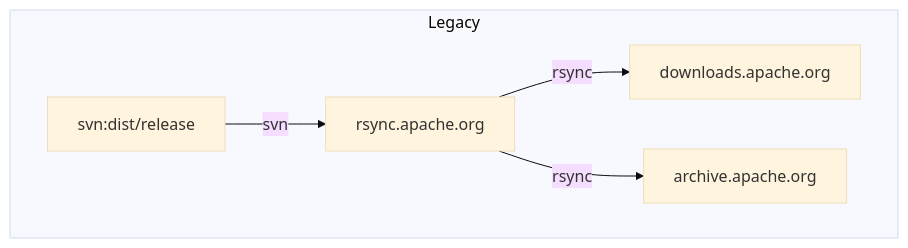
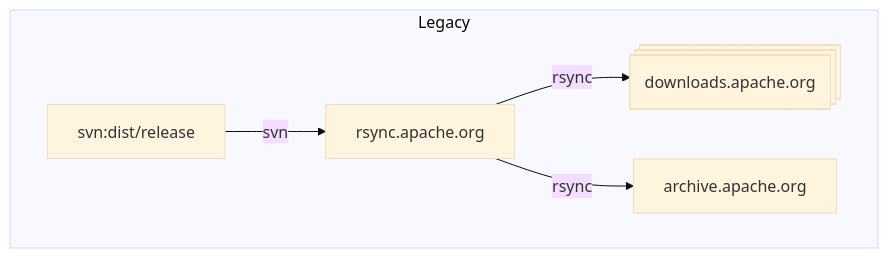
Before and after one commit to jbampton/tooling-docs: the first of 6 diagrams in apache-trusted-release/svn-dist.md, drawn with Mermaid (base theme). The commit also changed other lines of this file, not shown here.

````diff
--- a/apache-trusted-release/svn-dist.md
+++ b/apache-trusted-release/svn-dist.md
@@ -37,12 +37,12 @@
 ```mermaid
 flowchart TD
     subgraph Legacy
     A[svn:dist/release]
     B[rsync.apache.org]
     A -->|svn| B
-    C[downloads.apache.org]
+    C@{ shape: processes, label: "downloads.apache.org"}
     D[archive.apache.org]
     B -->|rsync| C
     B -->|rsync| D
     end
 ```
````
